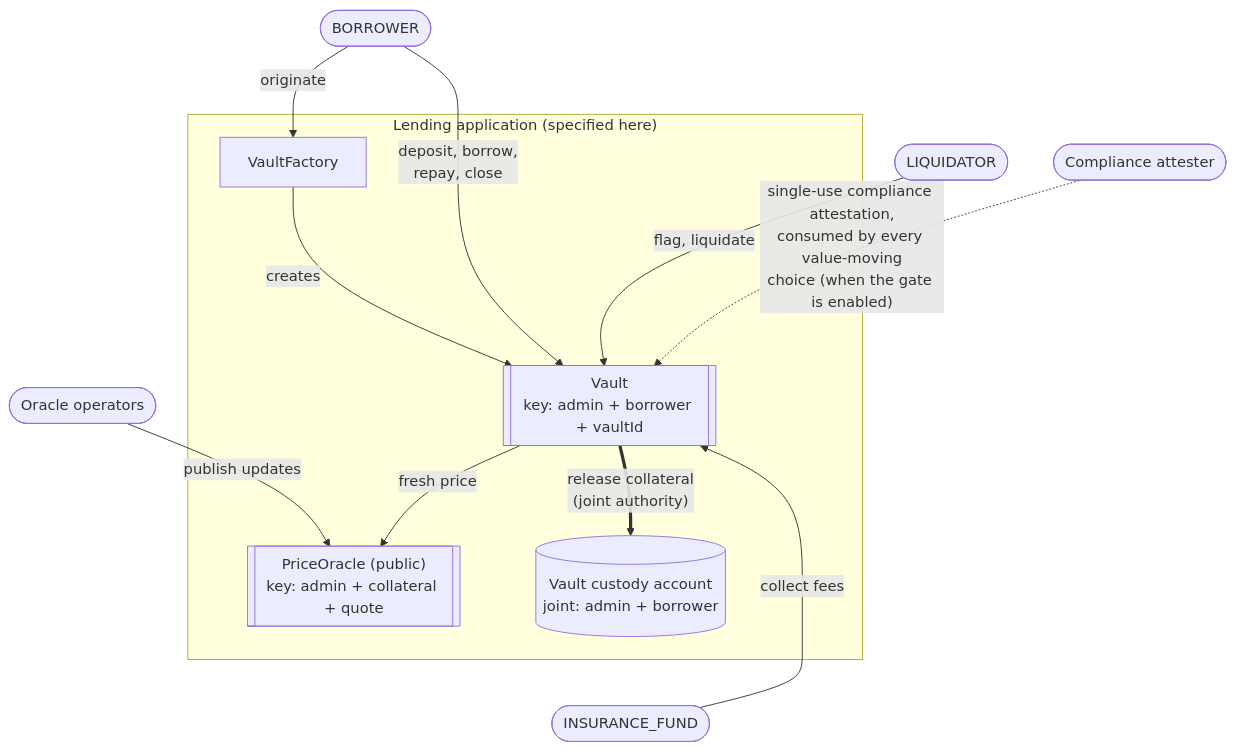
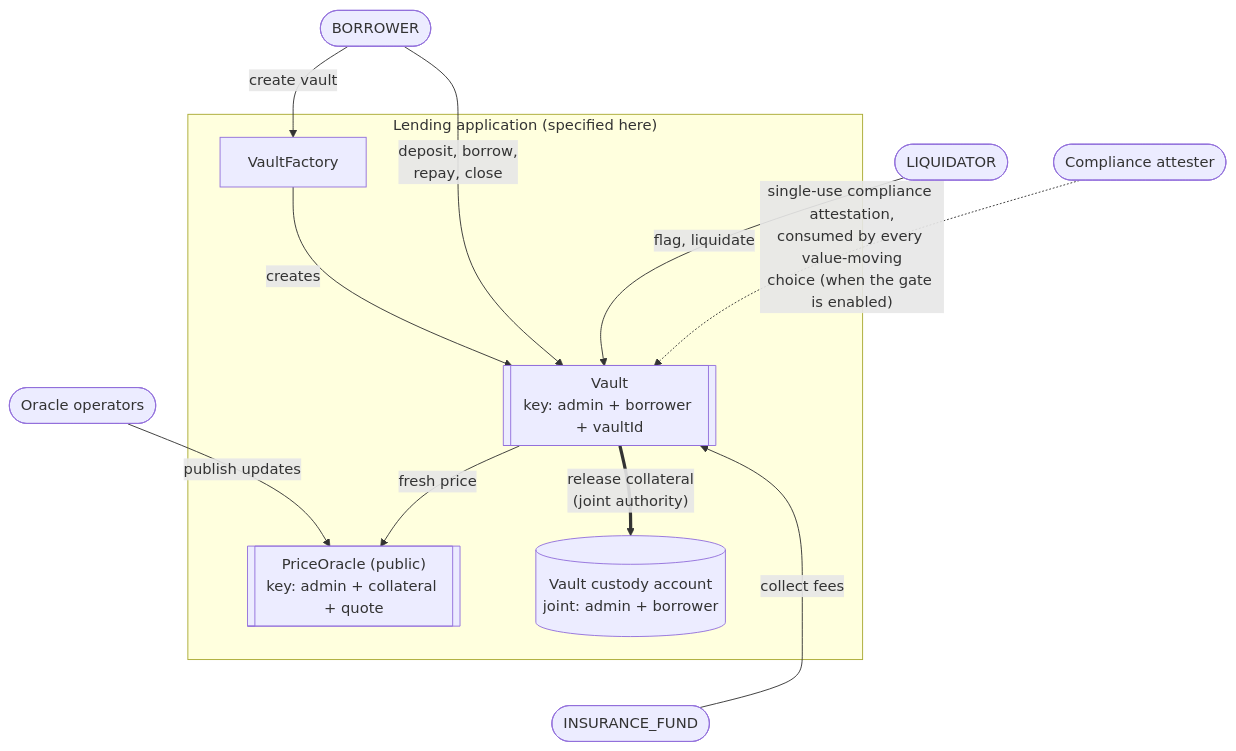
The first of 7 diagrams in docs/reference-architectures/lending.md (OpenZeppelin/canton-specs), drawn with Mermaid before and after one commit. The commit also changed other lines of this file, not shown here.

````diff
--- a/docs/reference-architectures/lending.md
+++ b/docs/reference-architectures/lending.md
@@ -123,27 +123,27 @@
 ```mermaid
 flowchart TB
     Committee([Oracle operators])
     Borrower([BORROWER])
     Liquidator([LIQUIDATOR])
     Attester([Compliance attester])
 
     subgraph Target["Lending application (specified here)"]
         Oracle[["PriceOracle (public)<br/>key: admin + collateral + quote"]]
         Factory["VaultFactory"]
         Vault[["Vault<br/>key: admin + borrower + vaultId"]]
         Custody[("Vault custody account<br/>joint: admin + borrower")]
     end
 
     Fund([INSURANCE_FUND])
     Custody ~~~ Fund
 
     Committee -->|"publish updates"| Oracle
-    Borrower -->|"originate"| Factory
+    Borrower -->|"create vault"| Factory
     Factory -->|"creates"| Vault
     Borrower -->|"deposit, borrow,<br/>repay, close"| Vault
     Liquidator -->|"flag, liquidate"| Vault
     Attester -.->|"single-use compliance attestation,<br/>consumed by every value-moving<br/>choice (when the gate is enabled)"| Vault
     Fund -->|"collect fees"| Vault
     Vault -->|"fresh price"| Oracle
     Vault ==>|"release collateral<br/>(joint authority)"| Custody
 ```
````
